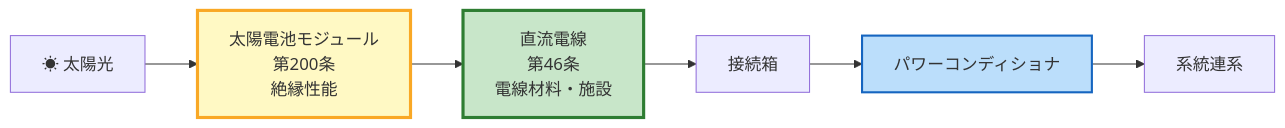
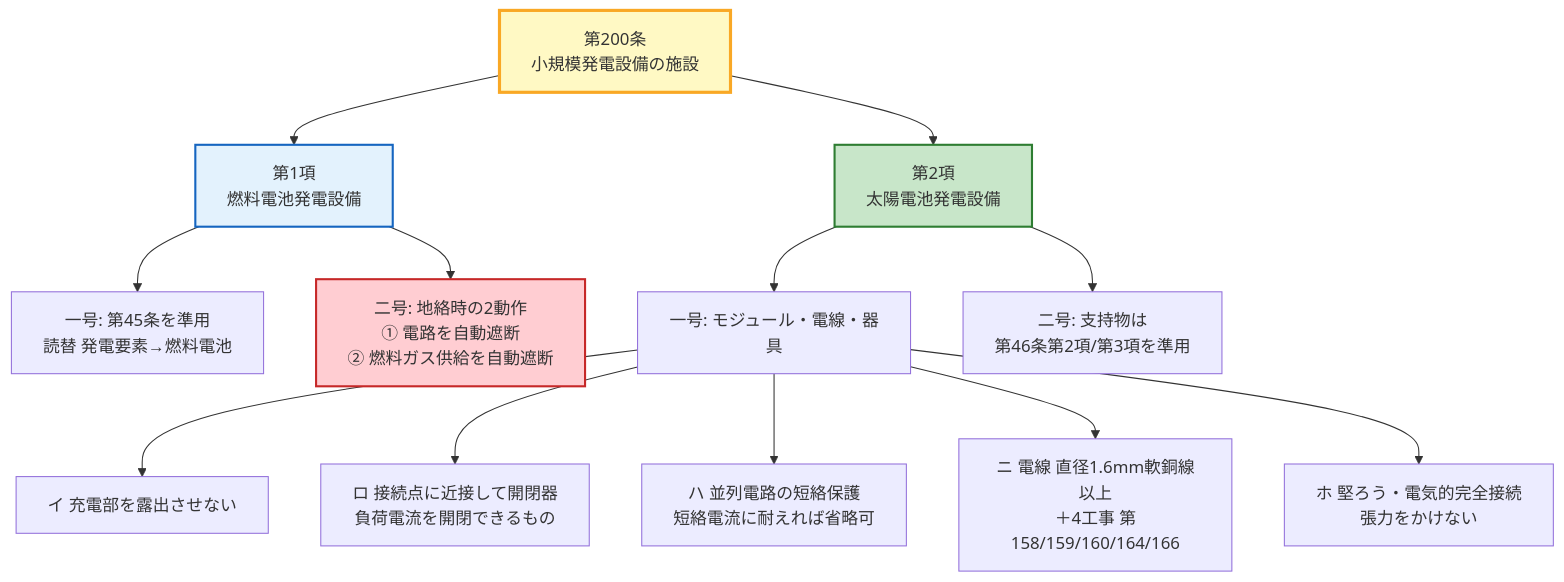
Before and after one commit to kfurufuru/denken-wiki: the diagram in docs/articles/kaishaku/200.md, drawn with Mermaid. The commit also changed other lines of this file and 6 other files, not shown here.

````diff
--- a/docs/articles/kaishaku/200.md
+++ b/docs/articles/kaishaku/200.md
@@ -133,12 +132,21 @@
 ```mermaid
-flowchart LR
-    Sun[☀ 太陽光] --> Module[太陽電池モジュール<br/>第200条<br/>絶縁性能]
-    Module --> Cable[直流電線<br/>第46条<br/>電線材料・施設]
-    Cable --> JBox[接続箱]
-    JBox --> PCS[パワーコンディショナ]
-    PCS --> Grid[系統連系]
+flowchart TD
+    Start[第200条<br/>小規模発電設備の施設] --> P1[第1項<br/>燃料電池発電設備]
+    Start --> P2[第2項<br/>太陽電池発電設備]
 
-    style Module fill:#fff9c4,stroke:#f9a825,stroke-width:3px
-    style Cable fill:#c8e6c9,stroke:#2e7d32,stroke-width:3px
-    style PCS fill:#bbdefb,stroke:#1565c0,stroke-width:2px
+    P1 --> P1a[一号: 第45条を準用<br/>読替 発電要素→燃料電池]
+    P1 --> P1b[二号: 地絡時の2動作<br/>① 電路を自動遮断<br/>② 燃料ガス供給を自動遮断]
+
+    P2 --> P2a[一号: モジュール・電線・器具]
+    P2a --> Ia[イ 充電部を露出させない]
+    P2a --> Ro[ロ 接続点に近接して開閉器<br/>負荷電流を開閉できるもの]
+    P2a --> Ha[ハ 並列電路の短絡保護<br/>短絡電流に耐えれば省略可]
+    P2a --> Ni[ニ 電線 直径1.6mm軟銅線以上<br/>＋4工事 第158/159/160/164/166]
+    P2a --> Ho[ホ 堅ろう・電気的完全接続<br/>張力をかけない]
+    P2 --> P2b[二号: 支持物は<br/>第46条第2項/第3項を準用]
+
+    style Start fill:#fff9c4,stroke:#f9a825,stroke-width:3px
+    style P1 fill:#e3f2fd,stroke:#1565c0,stroke-width:2px
+    style P2 fill:#c8e6c9,stroke:#2e7d32,stroke-width:2px
+    style P1b fill:#ffcdd2,stroke:#c62828,stroke-width:2px
 ```
````
